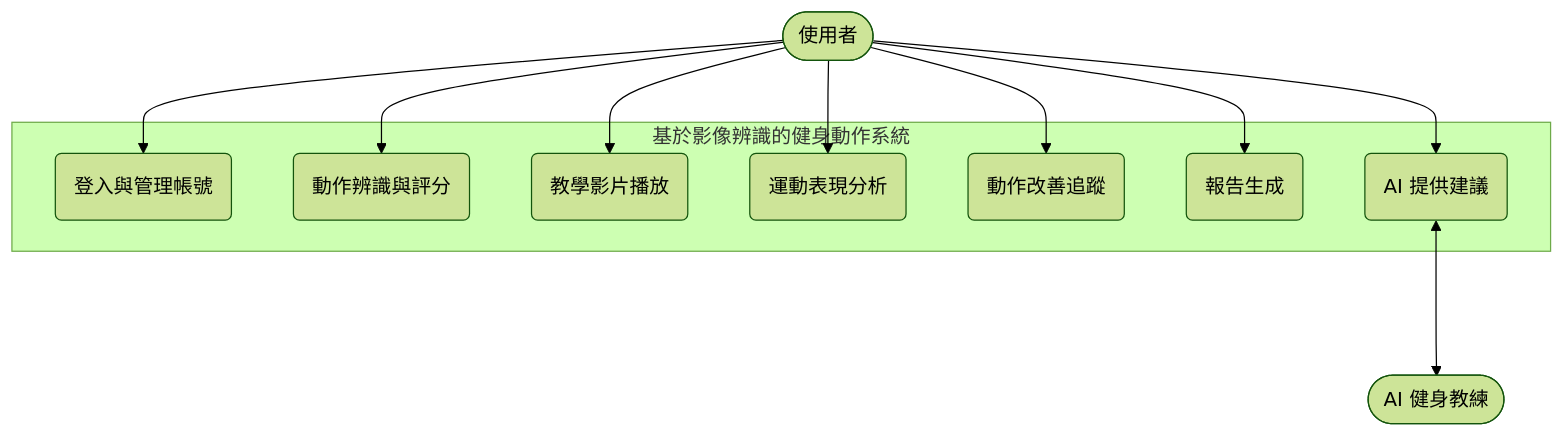
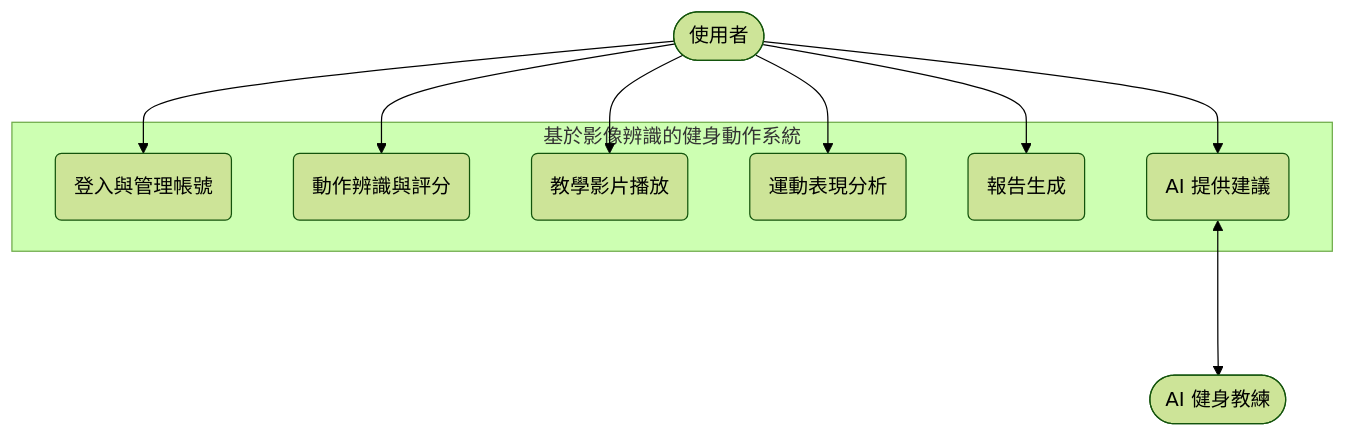
One commit to kyw012/team-project changed the third of 3 diagrams in hw3.md. Above: the diagram before and after it, drawn with Mermaid (forest theme). The commit also changed other lines of this file, not shown here.

````diff
--- a/hw3.md
+++ b/hw3.md
@@ -76,25 +76,23 @@
 ```mermaid
 graph TD
     actorUser([使用者])
     actorAI([AI 健身教練])
     
     subgraph 系統[基於影像辨識的健身動作系統]
         UC1(登入與管理帳號)
         UC2(動作辨識與評分)
         UC3(教學影片播放)
         UC4(運動表現分析)
-        UC5(動作改善追蹤)
-        UC6(報告生成)
-        UC7(AI 提供建議)
+        UC5(報告生成)
+        UC6(AI 提供建議)
     end
 
     actorUser --> UC1
     actorUser --> UC2
     actorUser --> UC3
     actorUser --> UC4
     actorUser --> UC5
     actorUser --> UC6
-    actorUser --> UC7
     
-    UC7 <---> actorAI
+    UC6 <---> actorAI
 ```
````
